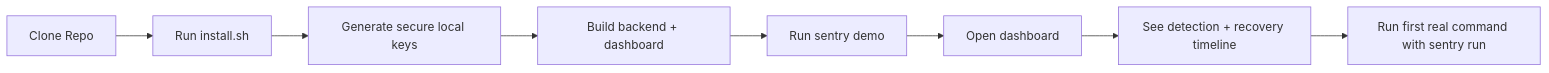
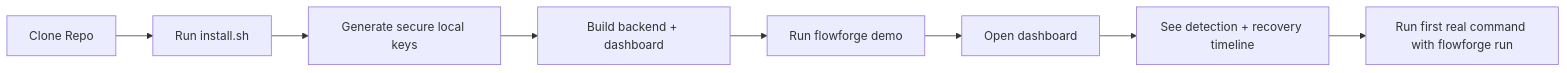
Before and after one commit to Prit-Patel08/agent-sentry: the second of 5 diagrams in plan.md, drawn with Mermaid. The commit also changed other lines of this file and 62 other files, not shown here.

Commit message:
Rebrand to FlowForge and complete week-1 execution pack

````diff
--- a/plan.md
+++ b/plan.md
@@ -89,10 +89,10 @@
 ```mermaid
 flowchart LR
   A["Clone Repo"] --> B["Run install.sh"]
   B --> C["Generate secure local keys"]
   C --> D["Build backend + dashboard"]
-  D --> E["Run sentry demo"]
+  D --> E["Run flowforge demo"]
   E --> F["Open dashboard"]
   F --> G["See detection + recovery timeline"]
-  G --> H["Run first real command with sentry run"]
+  G --> H["Run first real command with flowforge run"]
 ```
````
